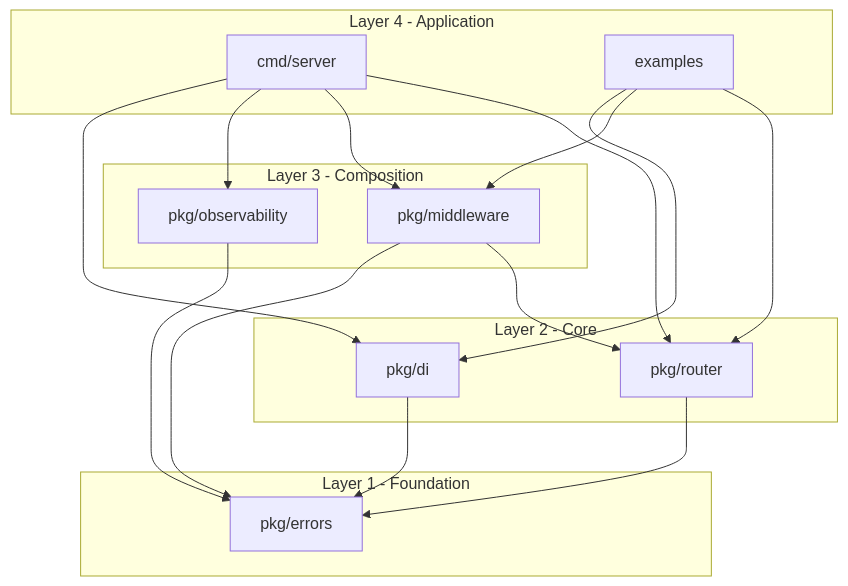
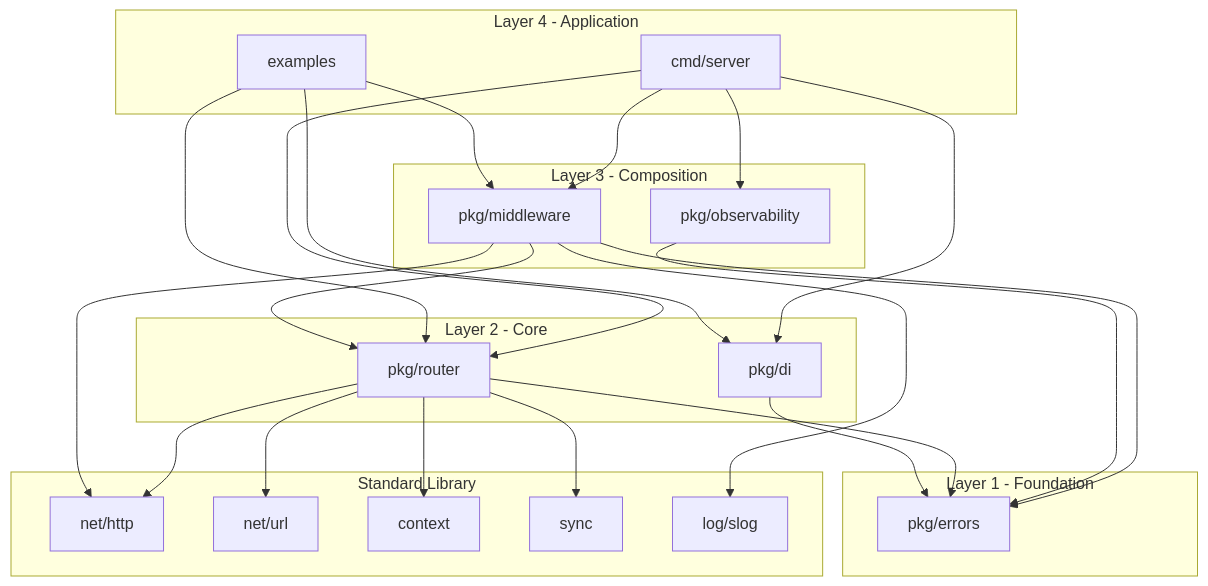
One commit to nsk-2003/lightweight-http changed the diagram in docs/design/packagedesign.md. Above: the diagram before and after it, drawn with Mermaid. The commit also changed other lines of this file and 10 other files, not shown here.

````diff
--- a/docs/design/packagedesign.md
+++ b/docs/design/packagedesign.md
@@ -9,31 +9,44 @@
 ```mermaid
 flowchart TB
   subgraph app [Layer 4 - Application]
     cmdMain[cmd/server]
     examplesPkg[examples]
   end
   subgraph composition [Layer 3 - Composition]
     middlewarePkg[pkg/middleware]
     observabilityPkg[pkg/observability]
   end
   subgraph core [Layer 2 - Core]
     routerPkg[pkg/router]
     diPkg[pkg/di]
   end
   subgraph foundation [Layer 1 - Foundation]
     errorsPkg[pkg/errors]
   end
+  subgraph stdlib [Standard Library]
+    nethttp[net/http]
+    neturl[net/url]
+    ctx[context]
+    syncp[sync]
+    slog[log/slog]
+  end
 
   cmdMain --> routerPkg
   cmdMain --> middlewarePkg
   cmdMain --> observabilityPkg
   cmdMain --> diPkg
   examplesPkg --> routerPkg
   examplesPkg --> middlewarePkg
   examplesPkg --> diPkg
   middlewarePkg --> routerPkg
   middlewarePkg --> errorsPkg
   observabilityPkg --> errorsPkg
   routerPkg --> errorsPkg
   diPkg --> errorsPkg
+  routerPkg --> nethttp
+  routerPkg --> neturl
+  routerPkg --> ctx
+  routerPkg --> syncp
+  middlewarePkg --> nethttp
+  middlewarePkg --> slog
 ```
````
